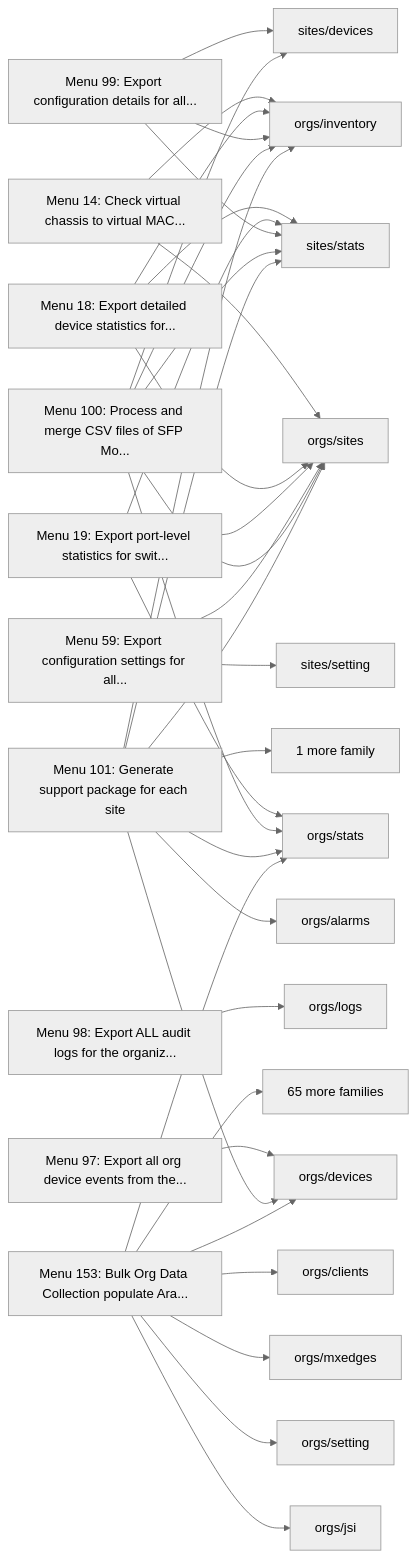
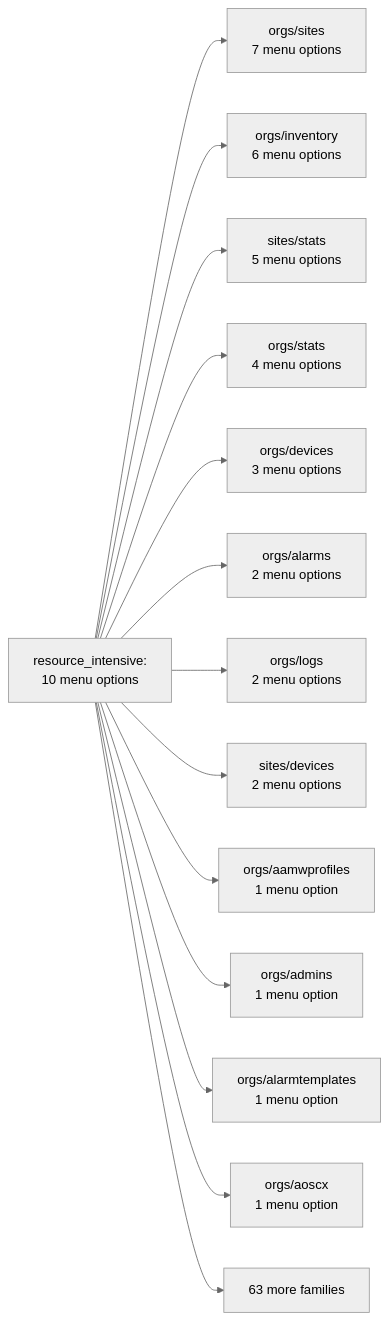
Before and after one commit to jmorrison-juniper/MistHelper: the first of 11 diagrams in documentation/menu-api/resource-intensive.md, drawn with Mermaid (neutral theme). The commit also changed other lines of this file and 19 other files, not shown here.

First line of the commit message:
docs(menu-api): fit the Mermaid diagrams to the wiki column

````diff
--- a/documentation/menu-api/resource-intensive.md
+++ b/documentation/menu-api/resource-intensive.md
@@ -16,60 +17,17 @@
 ```mermaid
 flowchart LR
-    m14["Menu 14: Check virtual chassis to virtual MAC..."]
-    m14 --> f_orgs_inventory
-    m14 --> f_orgs_sites
-    m18["Menu 18: Export detailed device statistics for..."]
-    m18 --> f_orgs_inventory
-    m18 --> f_orgs_sites
-    m18 --> f_sites_stats
-    m19["Menu 19: Export port-level statistics for swit..."]
-    m19 --> f_orgs_sites
-    m19 --> f_orgs_stats
-    m19 --> f_sites_stats
-    m59["Menu 59: Export configuration settings for all..."]
-    m59 --> f_orgs_sites
-    m59 --> f_sites_setting
-    m97["Menu 97: Export all org device events from the..."]
-    m97 --> f_orgs_devices
-    m98["Menu 98: Export ALL audit logs for the organiz..."]
-    m98 --> f_orgs_logs
-    m99["Menu 99: Export configuration details for all..."]
-    m99 --> f_sites_devices
-    m99 --> f_orgs_inventory
-    m99 --> f_sites_stats
-    m100["Menu 100: Process and merge CSV files of SFP Mo..."]
-    m100 --> f_orgs_inventory
-    m100 --> f_orgs_sites
-    m100 --> f_orgs_stats
-    m100 --> f_sites_devices
-    m100 --> f_sites_stats
-    m101["Menu 101: Generate support package for each site"]
-    m101 --> f_orgs_devices
-    m101 --> f_orgs_stats
-    m101 --> f_orgs_alarms
-    m101 --> f_orgs_inventory
-    m101 --> f_orgs_sites
-    m101 --> f_sites_stats
-    m101 --> more101["1 more family"]
-    m153["Menu 153: Bulk Org Data Collection populate Ara..."]
-    m153 --> f_orgs_stats
-    m153 --> f_orgs_devices
-    m153 --> f_orgs_jsi
-    m153 --> f_orgs_setting
-    m153 --> f_orgs_mxedges
-    m153 --> f_orgs_clients
-    m153 --> more153["65 more families"]
-    f_orgs_alarms["orgs/alarms"]
-    f_orgs_clients["orgs/clients"]
-    f_orgs_devices["orgs/devices"]
-    f_orgs_inventory["orgs/inventory"]
-    f_orgs_jsi["orgs/jsi"]
-    f_orgs_logs["orgs/logs"]
-    f_orgs_mxedges["orgs/mxedges"]
-    f_orgs_setting["orgs/setting"]
-    f_orgs_sites["orgs/sites"]
-    f_orgs_stats["orgs/stats"]
-    f_sites_devices["sites/devices"]
-    f_sites_setting["sites/setting"]
-    f_sites_stats["sites/stats"]
+    root["resource_intensive:<br/>10 menu options"]
+    root --> f_orgs_sites["orgs/sites<br/>7 menu options"]
+    root --> f_orgs_inventory["orgs/inventory<br/>6 menu options"]
+    root --> f_sites_stats["sites/stats<br/>5 menu options"]
+    root --> f_orgs_stats["orgs/stats<br/>4 menu options"]
+    root --> f_orgs_devices["orgs/devices<br/>3 menu options"]
+    root --> f_orgs_alarms["orgs/alarms<br/>2 menu options"]
+    root --> f_orgs_logs["orgs/logs<br/>2 menu options"]
+    root --> f_sites_devices["sites/devices<br/>2 menu options"]
+    root --> f_orgs_aamwprofiles["orgs/aamwprofiles<br/>1 menu option"]
+    root --> f_orgs_admins["orgs/admins<br/>1 menu option"]
+    root --> f_orgs_alarmtemplates["orgs/alarmtemplates<br/>1 menu option"]
+    root --> f_orgs_aoscx["orgs/aoscx<br/>1 menu option"]
+    root --> more["63 more families"]
 ```
````
